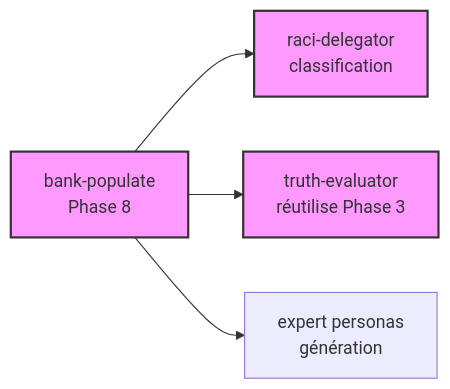
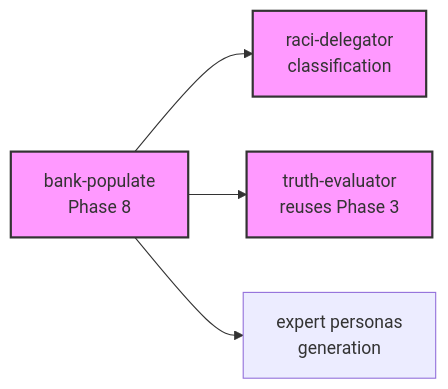
One commit to lcalmejane/aikido changed the second of 2 diagrams in prompts/gen/concepts/analyse-projet.md. Above: the diagram before and after it, drawn with Mermaid. The commit also changed other lines of this file and 159 other files, not shown here.

````diff
--- a/prompts/gen/concepts/analyse-projet.md
+++ b/prompts/gen/concepts/analyse-projet.md
@@ -152,10 +152,10 @@
 ```mermaid
 graph LR
     BP[bank-populate<br/>Phase 8] --> RD[raci-delegator<br/>classification]
-    BP --> TE[truth-evaluator<br/>réutilise Phase 3]
-    BP --> EP[expert personas<br/>génération]
+    BP --> TE[truth-evaluator<br/>reuses Phase 3]
+    BP --> EP[expert personas<br/>generation]
 
     style BP fill:#f9f,stroke:#333,stroke-width:2px
     style RD fill:#f9f,stroke:#333,stroke-width:2px
     style TE fill:#f9f,stroke:#333,stroke-width:2px
 ```
````
